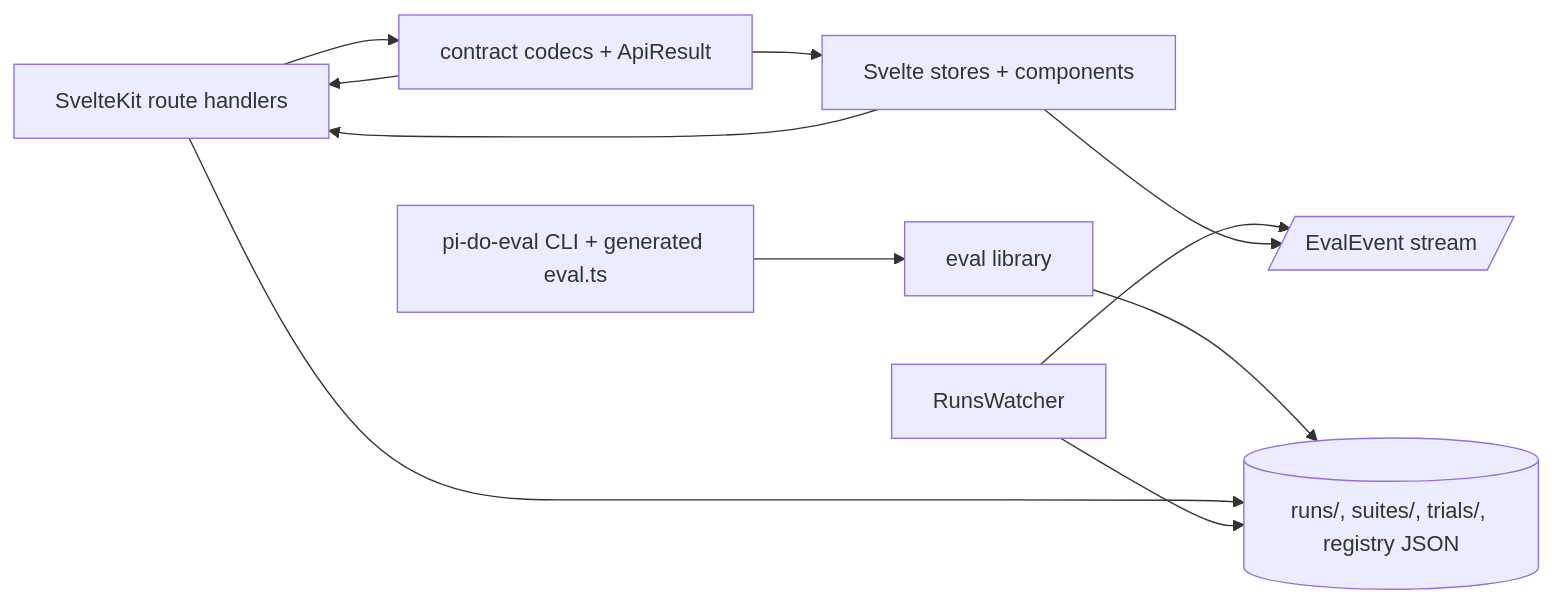
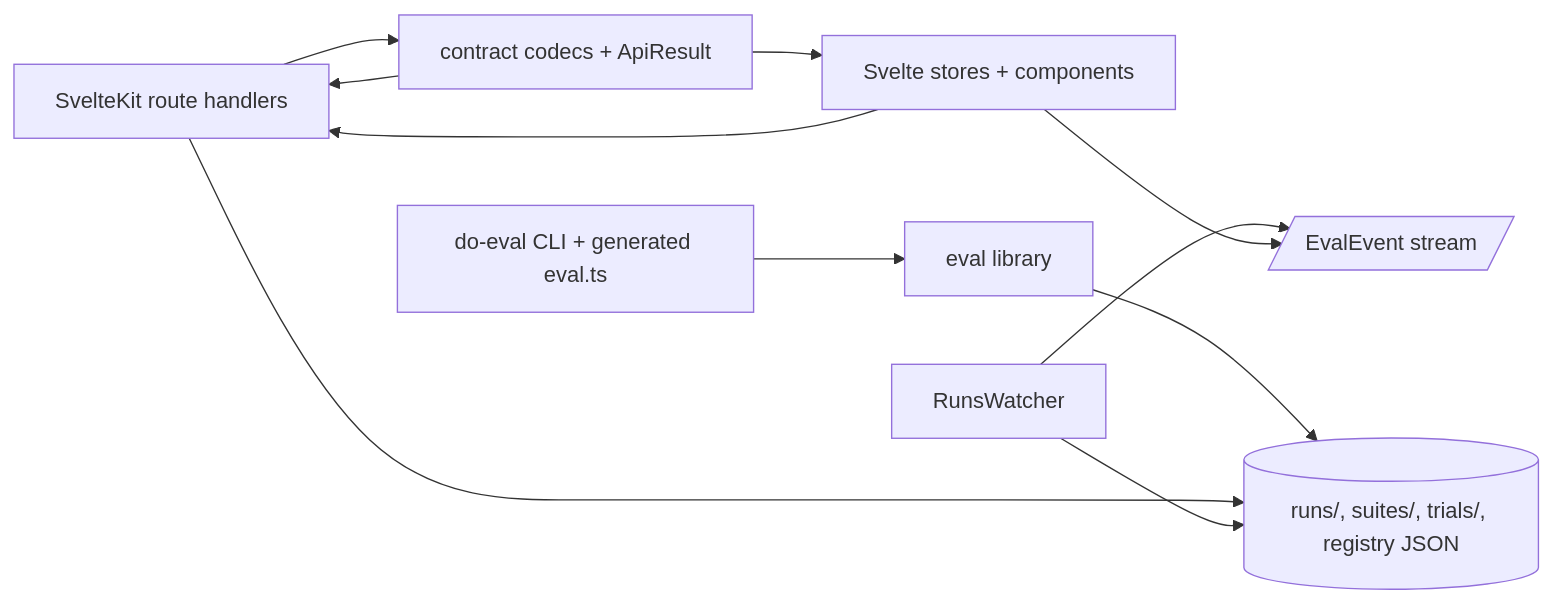
The diagram in whiteboards/engineering-quality-refactor.md (manifestdocs/pi-do-eval), drawn with Mermaid before and after one commit. The commit also changed other lines of this file and 53 other files, not shown here.

````diff
--- a/whiteboards/engineering-quality-refactor.md
+++ b/whiteboards/engineering-quality-refactor.md
@@ -96,13 +96,13 @@
 ```mermaid
 flowchart LR
-  CLI[pi-do-eval CLI + generated eval.ts] --> EvalLib[eval library]
+  CLI[do-eval CLI + generated eval.ts] --> EvalLib[eval library]
   EvalLib --> Files[(runs/, suites/, trials/, registry JSON)]
   Server[SvelteKit route handlers] --> Contracts[contract codecs + ApiResult]
   Server --> Files
   Watcher[RunsWatcher] --> Files
   Watcher --> SSE[/EvalEvent stream/]
   UI[Svelte stores + components] --> Server
   UI --> SSE
   Contracts --> Server
   Contracts --> UI
 ```
````
